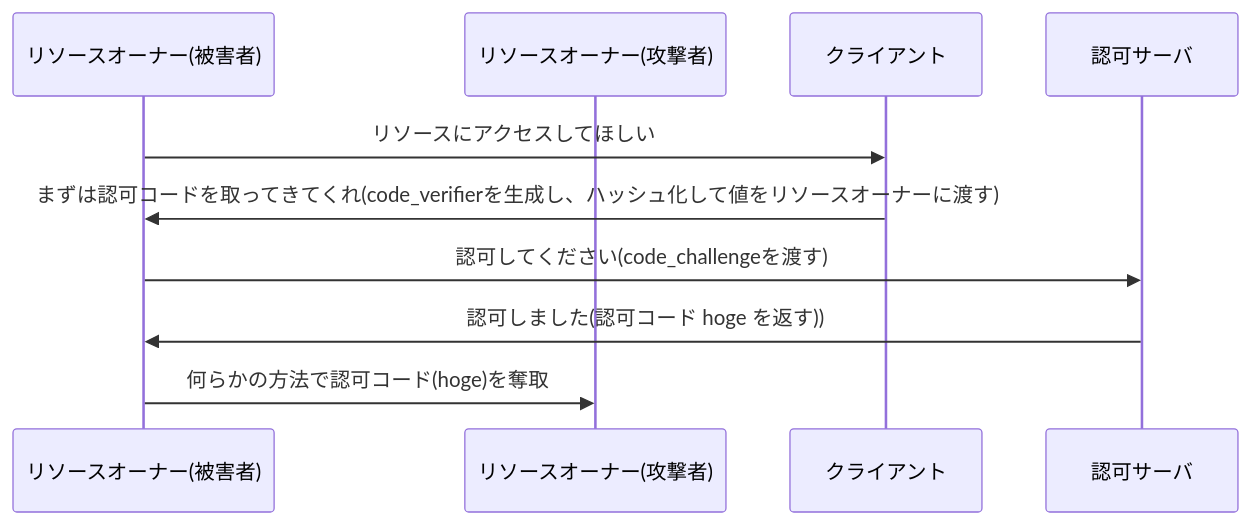
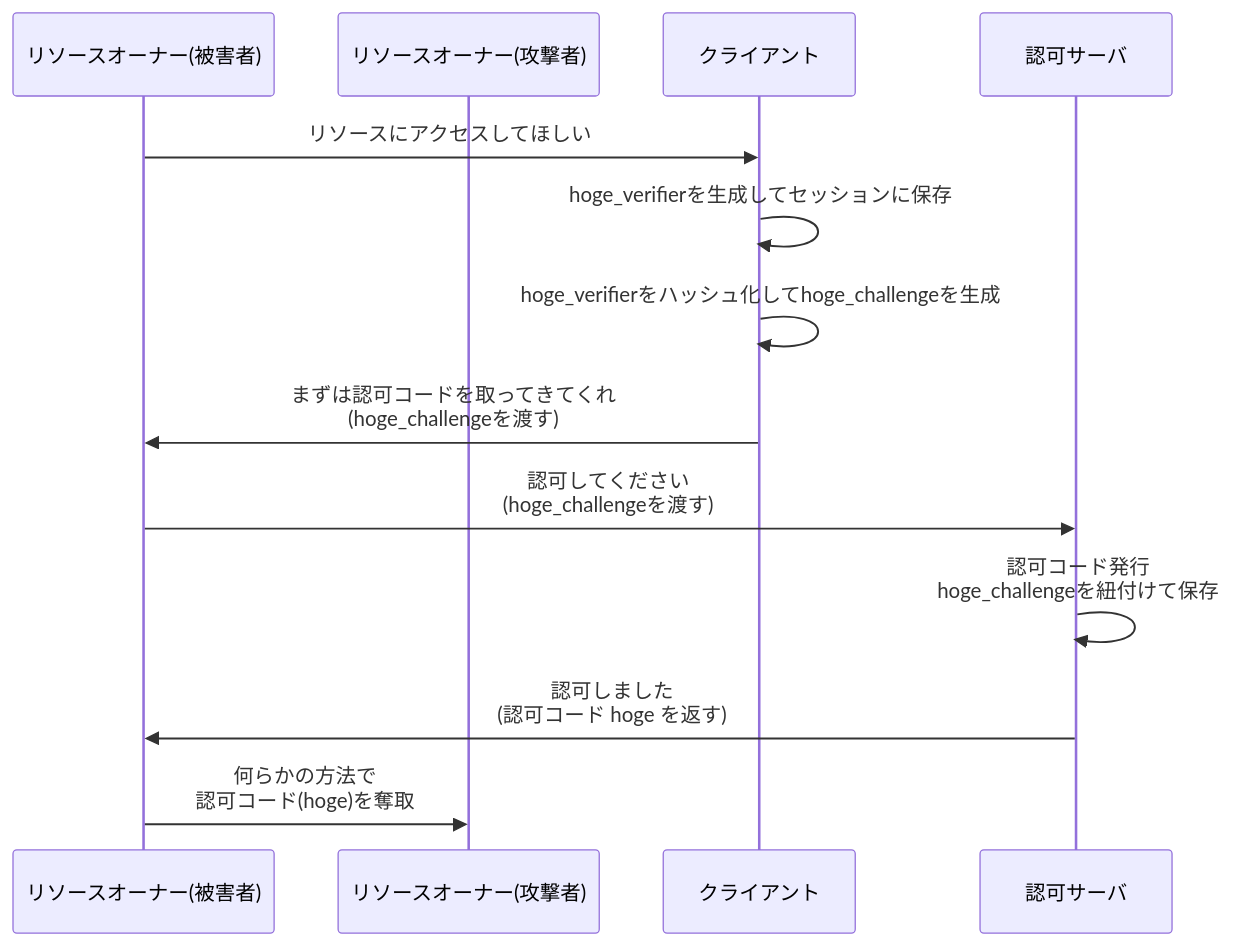
One commit to calloc134/zenn-dir changed diagram 11 of 20 in articles/5e8da6c491e720.md. Above: the diagram before and after it, drawn with Mermaid. The commit also changed other lines of this file, not shown here.

Commit message:
とりあえずpkceのフロー図+気になるところ

````diff
--- a/articles/5e8da6c491e720.md
+++ b/articles/5e8da6c491e720.md
@@ -1077,15 +1082,18 @@
 ```mermaid
 sequenceDiagram
     participant リソースオーナー(被害者)
     participant リソースオーナー(攻撃者)
     participant クライアント
     participant 認可サーバ
 
     リソースオーナー(被害者)->>クライアント: リソースにアクセスしてほしい
-    クライアント->>リソースオーナー(被害者): まずは認可コードを取ってきてくれ(code_verifierを生成し、ハッシュ化して値をリソースオーナーに渡す)
-    リソースオーナー(被害者)->>認可サーバ: 認可してください(code_challengeを渡す)
-    認可サーバ->>リソースオーナー(被害者): 認可しました(認可コード hoge を返す))
+    クライアント->>クライアント: hoge_verifierを生成してセッションに保存
+    クライアント->>クライアント: hoge_verifierをハッシュ化してhoge_challengeを生成
+    クライアント->>リソースオーナー(被害者): まずは認可コードを取ってきてくれ<br>(hoge_challengeを渡す)
+    リソースオーナー(被害者)->>認可サーバ: 認可してください<br>(hoge_challengeを渡す)
+    認可サーバ->>認可サーバ: 認可コード発行<br>hoge_challengeを紐付けて保存
+    認可サーバ->>リソースオーナー(被害者): 認可しました<br>(認可コード hoge を返す)
 
-    リソースオーナー(被害者)->>リソースオーナー(攻撃者): 何らかの方法で認可コード(hoge)を奪取
+    リソースオーナー(被害者)->>リソースオーナー(攻撃者): 何らかの方法で<br>認可コード(hoge)を奪取
 
 ```
````
